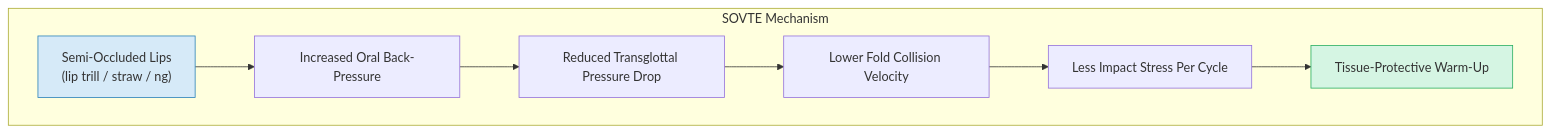
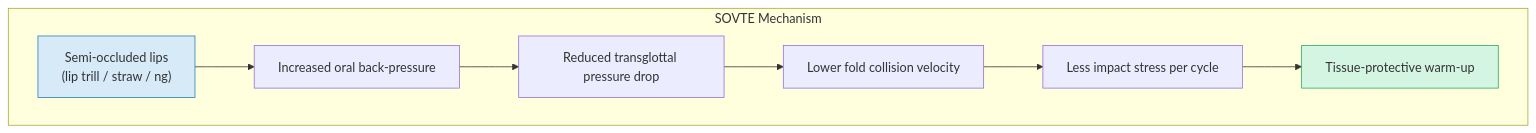
One commit to blebleblee/synapse changed the fourth of 5 diagrams in topics/arts/music_performance/vocals/lesson_01_vocal_anatomy.md. Above: the diagram before and after it, drawn with Mermaid. The commit also changed other lines of this file and 4 other files, not shown here.

````diff
--- a/topics/arts/music_performance/vocals/lesson_01_vocal_anatomy.md
+++ b/topics/arts/music_performance/vocals/lesson_01_vocal_anatomy.md
@@ -320,16 +297,16 @@
 ```mermaid
 flowchart TD
     subgraph sub_sovte_mechanism ["SOVTE Mechanism"]
-        A["Semi-Occluded Lips\n(lip trill / straw / ng)"]
-        B["Increased Oral Back-Pressure"]
-        C["Reduced Transglottal Pressure Drop"]
-        D["Lower Fold Collision Velocity"]
-        E["Less Impact Stress Per Cycle"]
-        F["Tissue-Protective Warm-Up"]
+        A["Semi-occluded lips<br/>(lip trill / straw / ng)"]
+        B["Increased oral back-pressure"]
+        C["Reduced transglottal pressure drop"]
+        D["Lower fold collision velocity"]
+        E["Less impact stress per cycle"]
+        F["Tissue-protective warm-up"]
     end
 
     A --> B --> C --> D --> E --> F
 
     style A fill:#d6eaf8,stroke:#2980b9
     style F fill:#d5f5e3,stroke:#27ae60
 ```
````
